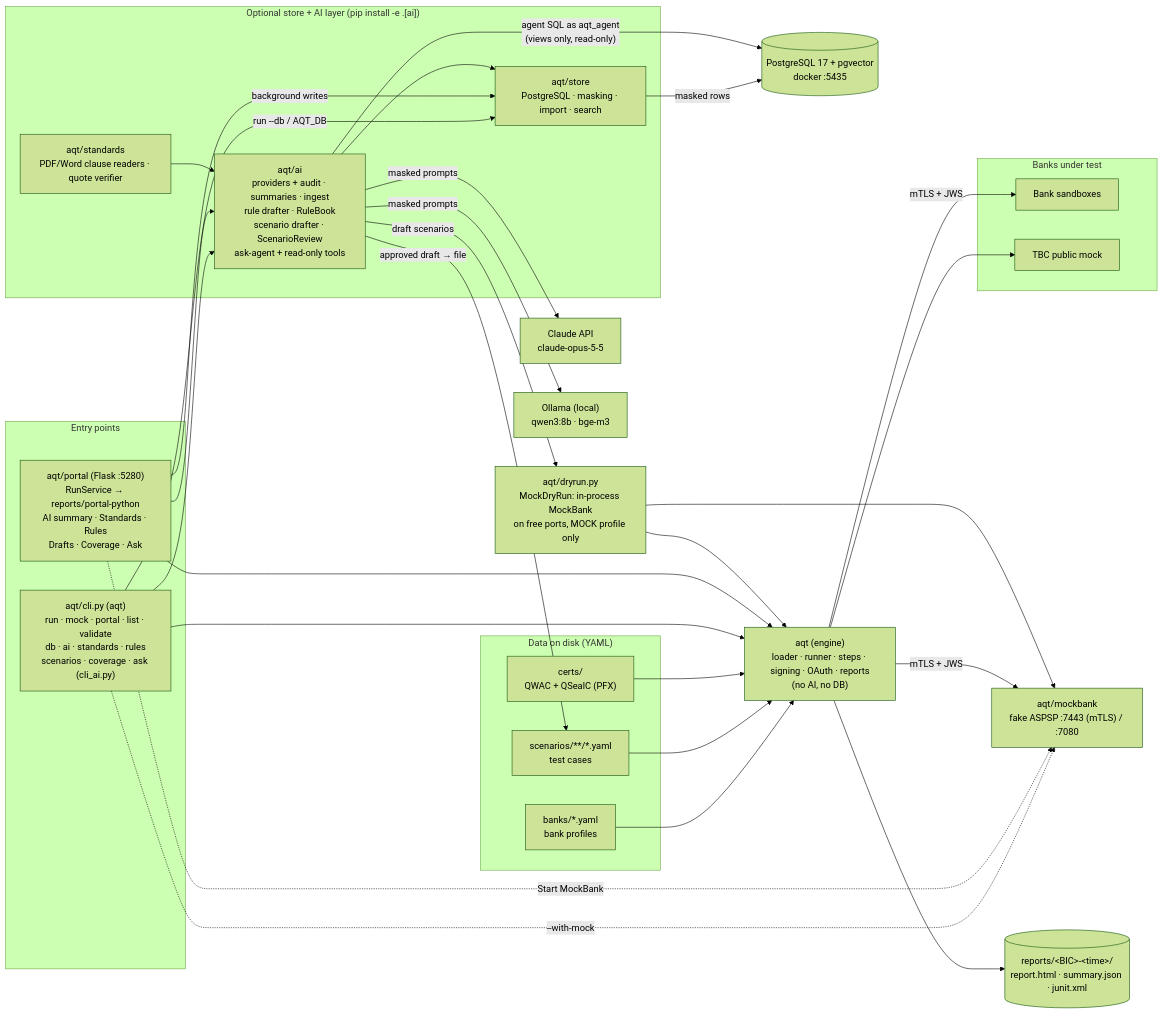
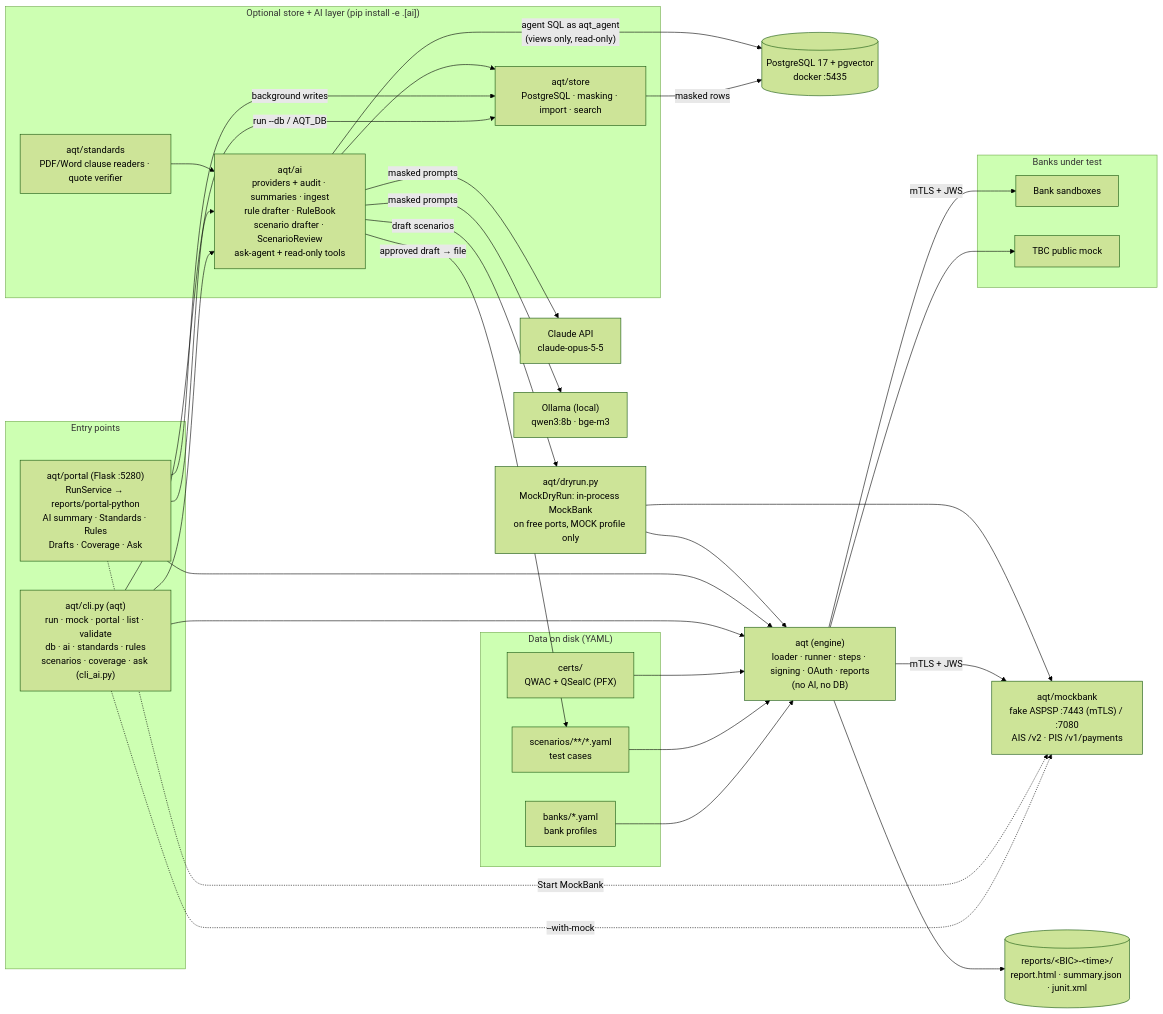
Before and after one commit to levan-petrosiani/Aurasoft-Monitoring: the first of 9 diagrams in ARCHITECTURE.md, drawn with Mermaid (forest theme). The commit also changed other lines of this file and 34 other files, not shown here.

````diff
--- a/ARCHITECTURE.md
+++ b/ARCHITECTURE.md
@@ -13,59 +13,59 @@
 ```mermaid
 flowchart LR
     subgraph Inputs["Data on disk (YAML)"]
         Banks["banks/*.yaml<br/>bank profiles"]
         Scen["scenarios/**/*.yaml<br/>test cases"]
         Certs["certs/<br/>QWAC + QSealC (PFX)"]
     end
 
     subgraph Hosts["Entry points"]
         Cli["aqt/cli.py (aqt)<br/>run · mock · portal · list · validate<br/>db · ai · standards · rules<br/>scenarios · coverage · ask (cli_ai.py)"]
         Portal["aqt/portal (Flask :5280)<br/>RunService → reports/portal-python<br/>AI summary · Standards · Rules<br/>Drafts · Coverage · Ask"]
     end
 
     subgraph AiLayer["Optional store + AI layer (pip install -e .[ai])"]
         Store["aqt/store<br/>PostgreSQL · masking · import · search"]
         Std["aqt/standards<br/>PDF/Word clause readers · quote verifier"]
         AI["aqt/ai<br/>providers + audit · summaries · ingest<br/>rule drafter · RuleBook<br/>scenario drafter · ScenarioReview<br/>ask-agent + read-only tools"]
     end
     PG[("PostgreSQL 17 + pgvector<br/>docker :5435")]
     Claude["Claude API<br/>claude-opus-5-5"]
     Ollama["Ollama (local)<br/>qwen3:8b · bge-m3"]
 
     Engine["aqt (engine)<br/>loader · runner · steps · signing · OAuth · reports<br/>(no AI, no DB)"]
-    Mock["aqt/mockbank<br/>fake ASPSP :7443 (mTLS) / :7080"]
+    Mock["aqt/mockbank<br/>fake ASPSP :7443 (mTLS) / :7080<br/>AIS /v2 · PIS /v1/payments"]
     Dry["aqt/dryrun.py<br/>MockDryRun: in-process MockBank<br/>on free ports, MOCK profile only"]
     Reports[("reports/&lt;BIC&gt;-&lt;time&gt;/<br/>report.html · summary.json · junit.xml")]
 
     subgraph Targets["Banks under test"]
         Real["Bank sandboxes"]
         TbcMock["TBC public mock"]
     end
 
     Banks --> Engine
     Scen --> Engine
     Certs --> Engine
     Cli --> Engine
     Portal --> Engine
     Cli -. "--with-mock" .-> Mock
     Portal -. "Start MockBank" .-> Mock
     Engine -- "mTLS + JWS" --> Mock
     Engine -- "mTLS + JWS" --> Real
     Engine --> TbcMock
     Engine --> Reports
 
     Cli -- "run --db / AQT_DB" --> Store
     Portal -- "background writes" --> Store
     Cli --> AI
     Portal --> AI
     Std --> AI
     AI -- "draft scenarios" --> Dry
     Dry --> Engine
     Dry --> Mock
     AI -- "approved draft → file" --> Scen
     AI --> Store
     Store -- "masked rows" --> PG
     AI -- "agent SQL as aqt_agent<br/>(views only, read-only)" --> PG
     AI -- "masked prompts" --> Claude
     AI -- "masked prompts" --> Ollama
 ```
````
